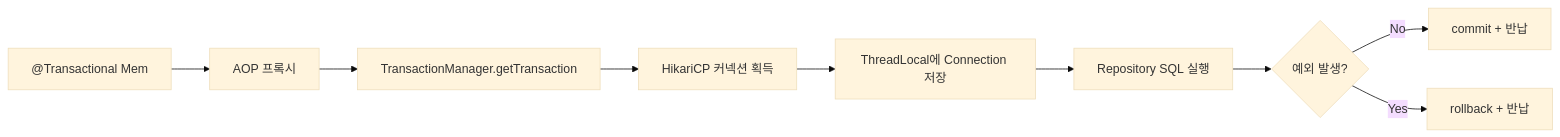
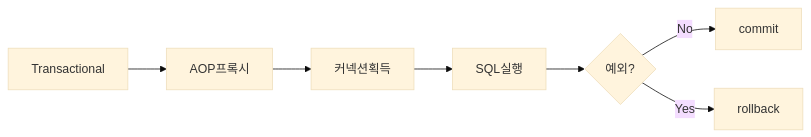
Diagram 11 of 11 in _posts/spring/2026-05-02-spring-db-1.md (yjkim2015/yjkim2015.github.io), drawn with Mermaid (base theme) before and after one commit. The commit also changed other lines of this file and 163 other files, not shown here.

First line of the commit message:
Mermaid 300개 블록 내용 축소: 5노드 5엣지 이하, 의미 있는 약어

````diff
--- a/_posts/spring/2026-05-02-spring-db-1.md
+++ b/_posts/spring/2026-05-02-spring-db-1.md
@@ -555,11 +552,9 @@
 ```mermaid
-flowchart LR
-    A["@Transactional Mem"] --> B[AOP 프록시]
-    B --> C[TransactionManager.getTransaction]
-    C --> D[HikariCP 커넥션 획득]
-    D --> E[ThreadLocal에 Connection 저장]
-    E --> F[Repository SQL 실행]
-    F --> G{예외 발생?}
-    G -->|No| H[commit + 반납]
-    G -->|Yes| I[rollback + 반납]
+graph LR
+    A[Transactional] --> B[AOP프록시]
+    B --> C[커넥션획득]
+    C --> D[SQL실행]
+    D --> E{예외?}
+    E -->|No| F[commit]
+    E -->|Yes| G[rollback]
 ```
````
